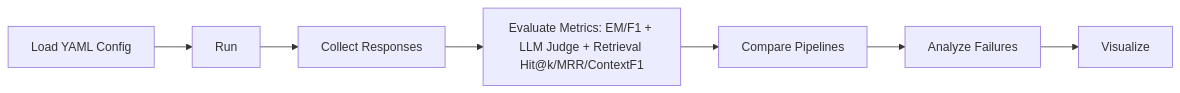
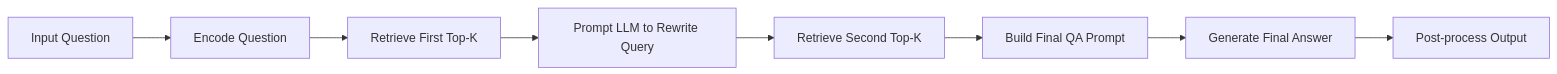
One commit to dsquarre/uptiq changed the third of 3 diagrams in FLOWCHARTS.md. Above: the diagram before and after it, drawn with Mermaid. The commit also changed other lines of this file and 21 other files, not shown here.

````diff
--- a/FLOWCHARTS.md
+++ b/FLOWCHARTS.md
@@ -21,9 +45,10 @@
 ```mermaid
 flowchart LR
-    CFG[Load YAML Config] --> R[Run]
-    R[Run] --> C[Collect Responses]
-    C --> E[Evaluate Metrics: EM/F1 + LLM Judge + Retrieval Hit@k/MRR/ContextF1]
-    E --> P[Compare Pipelines]
-    P --> A[Analyze Failures]
-    A --> V[Visualize]
+    Q[Input Question] --> E1[Encode Question]
+    E1 --> R1[Retrieve First Top-K]
+    R1 --> P1[Prompt LLM to Rewrite Query]
+    P1 --> R2[Retrieve Second Top-K]
+    R2 --> P2[Build Final QA Prompt]
+    P2 --> G[Generate Final Answer]
+    G --> PP[Post-process Output]
 ```
````
